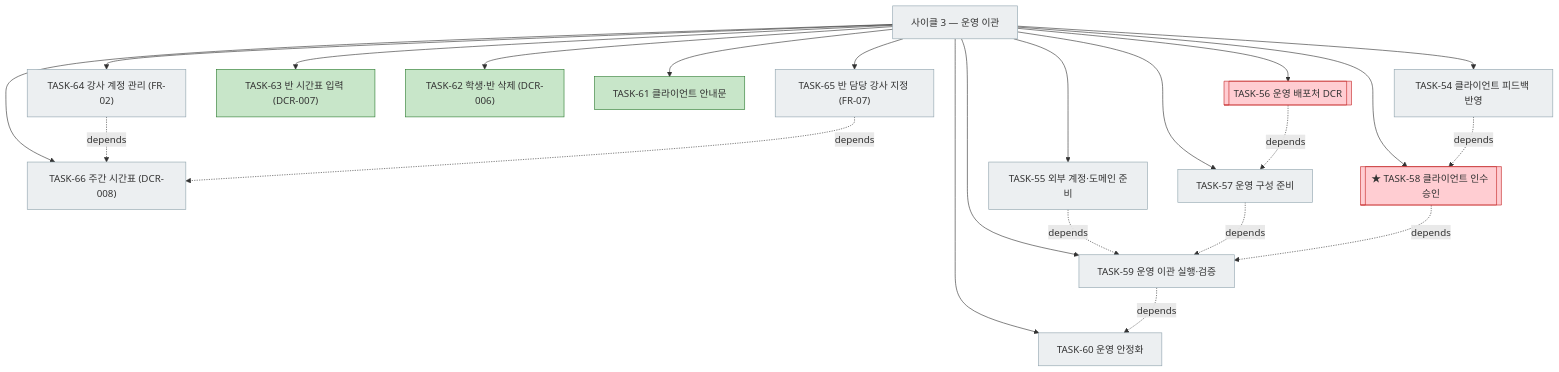
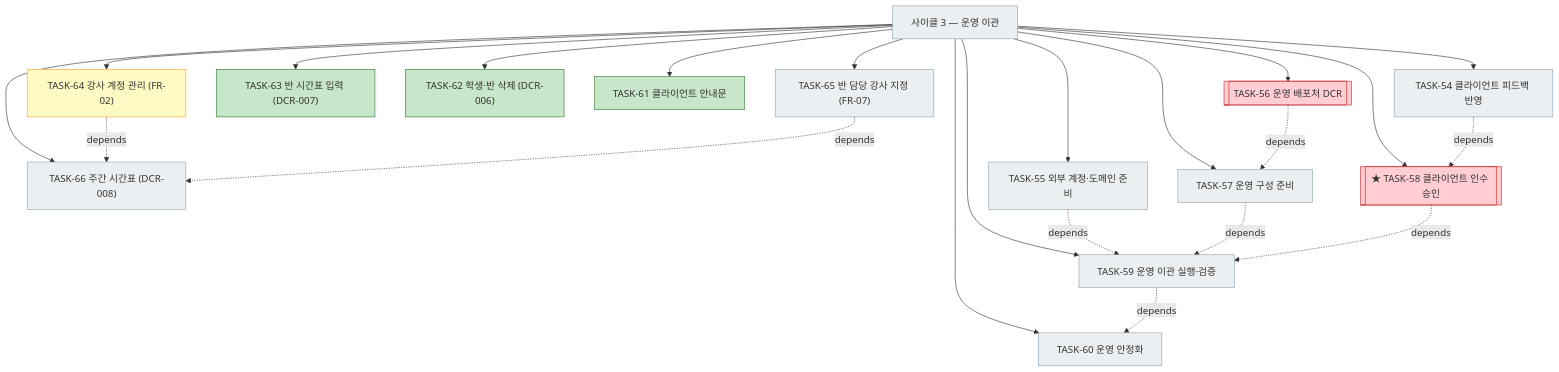
One commit to bluesky5008/mathdesk changed the fourth of 5 diagrams in docs/plan.md. Above: the diagram before and after it, drawn with Mermaid. The commit also changed other lines of this file and 5 other files, not shown here.

````diff
--- a/docs/plan.md
+++ b/docs/plan.md
@@ -238,29 +238,29 @@
 ```mermaid
 flowchart TD
     C3["사이클 3 — 운영 이관"]:::todo
-    C3 --> T64["TASK-64 강사 계정 관리 (FR-02)"]:::todo
+    C3 --> T64["TASK-64 강사 계정 관리 (FR-02)"]:::active
     C3 --> T65["TASK-65 반 담당 강사 지정 (FR-07)"]:::todo
     C3 --> T66["TASK-66 주간 시간표 (DCR-008)"]:::todo
     T64 -. depends .-> T66
     T65 -. depends .-> T66
     C3 --> T63["TASK-63 반 시간표 입력 (DCR-007)"]:::done
     C3 --> T62["TASK-62 학생·반 삭제 (DCR-006)"]:::done
     C3 --> T61["TASK-61 클라이언트 안내문"]:::done
     C3 --> T54["TASK-54 클라이언트 피드백 반영"]:::todo
     C3 --> T55["TASK-55 외부 계정·도메인 준비"]:::todo
     C3 --> T56[["TASK-56 운영 배포처 DCR"]]:::gate
     C3 --> T57["TASK-57 운영 구성 준비"]:::todo
     C3 --> T58[["★ TASK-58 클라이언트 인수 승인"]]:::gate
     C3 --> T59["TASK-59 운영 이관 실행·검증"]:::todo
     C3 --> T60["TASK-60 운영 안정화"]:::todo
     T56 -. depends .-> T57
     T54 -. depends .-> T58
     T55 -. depends .-> T59
     T57 -. depends .-> T59
     T58 -. depends .-> T59
     T59 -. depends .-> T60
     classDef done fill:#c8e6c9,stroke:#2e7d32
     classDef active fill:#fff9c4,stroke:#f9a825
     classDef todo fill:#eceff1,stroke:#90a4ae
     classDef gate fill:#ffcdd2,stroke:#c62828
 ```
````
